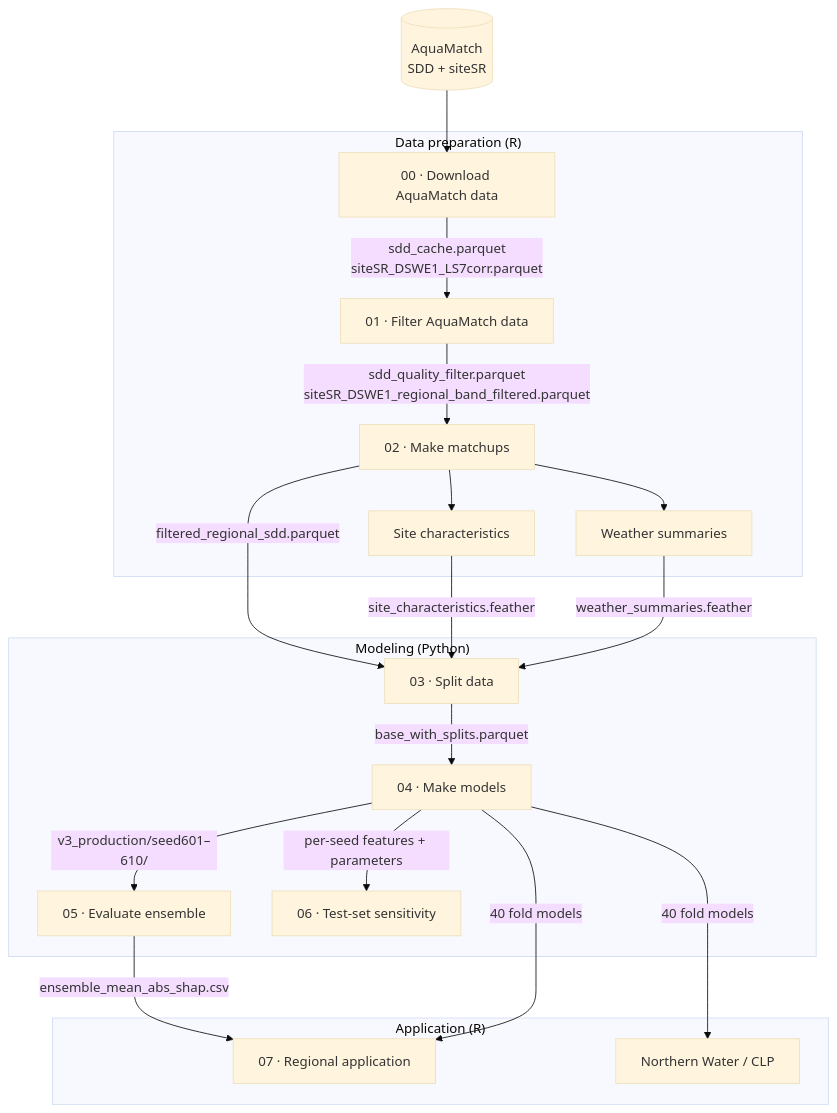
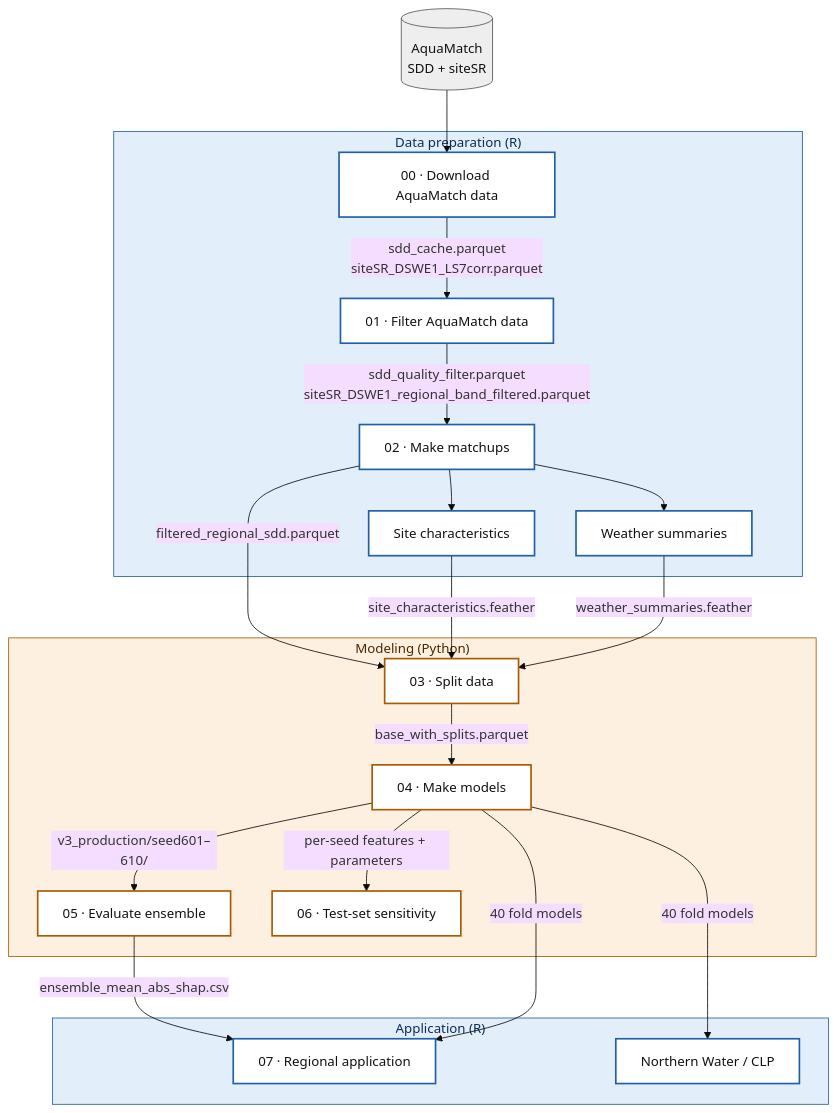
Before and after one commit to steeleb/regional-clarity-RS-model: the diagram in README.md, drawn with Mermaid (base theme). The commit also changed 2 other files, not shown here.

Commit message:
change diagram for readability

````diff
--- a/README.md
+++ b/README.md
@@ -16,38 +16,48 @@
 ```mermaid
 flowchart TD
   AM[("AquaMatch<br/>SDD + siteSR")] --> S00
 
   subgraph PREP ["Data preparation (R)"]
     S00["00 · Download AquaMatch data"]
     S01["01 · Filter AquaMatch data"]
     S02["02 · Make matchups"]
     SC["Site characteristics"]
     WX["Weather summaries"]
   end
 
   subgraph MODEL ["Modeling (Python)"]
     S03["03 · Split data"]
     S04["04 · Make models"]
     S05["05 · Evaluate ensemble"]
     S06["06 · Test-set sensitivity"]
   end
 
   subgraph APPLY ["Application (R)"]
     S07["07 · Regional application"]
     NW["Northern Water / CLP"]
   end
 
   S00 -->|"sdd_cache.parquet<br/>siteSR_DSWE1_LS7corr.parquet"| S01
   S01 -->|"sdd_quality_filter.parquet<br/>siteSR_DSWE1_regional_band_filtered.parquet"| S02
   S02 -->|"filtered_regional_sdd.parquet"| S03
   S02 --> SC
   S02 --> WX
   SC -->|"site_characteristics.feather"| S03
   WX -->|"weather_summaries.feather"| S03
   S03 -->|"base_with_splits.parquet"| S04
   S04 -->|"v3_production/seed601–610/"| S05
   S04 -->|"per-seed features + parameters"| S06
   S05 -->|"ensemble_mean_abs_shap.csv"| S07
   S04 -->|"40 fold models"| S07
   S04 -->|"40 fold models"| NW
+
+  classDef src fill:#eeeeee,stroke:#555555,color:#111111
+  classDef rstep fill:#ffffff,stroke:#1f5fa8,stroke-width:2px,color:#111111
+  classDef pystep fill:#ffffff,stroke:#a85a00,stroke-width:2px,color:#111111
+  class AM src
+  class S00,S01,S02,SC,WX,S07,NW rstep
+  class S03,S04,S05,S06 pystep
+  style PREP fill:#e3eefb,stroke:#1f5fa8,color:#0b2e55
+  style MODEL fill:#fdf0e0,stroke:#a85a00,color:#4a2800
+  style APPLY fill:#e3eefb,stroke:#1f5fa8,color:#0b2e55
 ```
````
